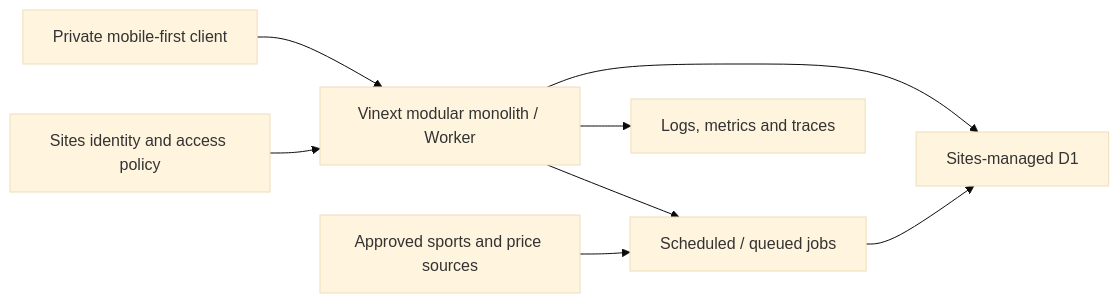
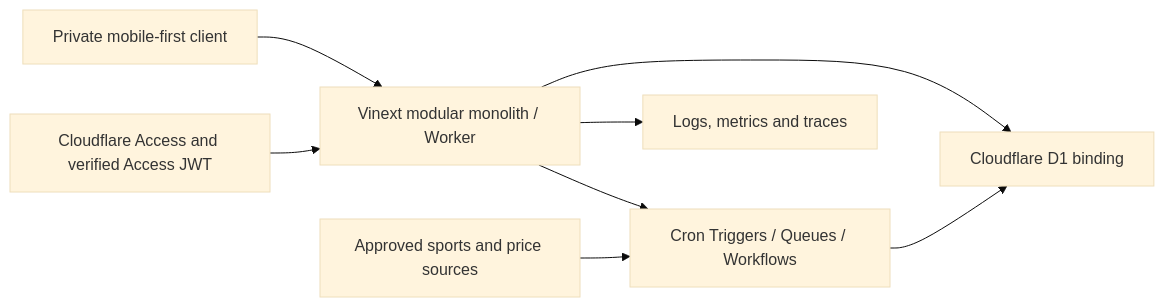
Before and after one commit to OnlyPlantsClub/Matthematical-Kalma: the first of 2 diagrams in docs/ARCHITECTURE.md, drawn with Mermaid (base theme). The commit also changed other lines of this file and 5 other files, not shown here.

Commit message:
Adopt direct Cloudflare deployment architecture

````diff
--- a/docs/ARCHITECTURE.md
+++ b/docs/ARCHITECTURE.md
@@ -11,10 +11,10 @@
 ```mermaid
 flowchart LR
   U["Private mobile-first client"] --> W["Vinext modular monolith / Worker"]
-  I["Sites identity and access policy"] --> W
-  W --> D1["Sites-managed D1"]
-  W --> J["Scheduled / queued jobs"]
+  I["Cloudflare Access and verified Access JWT"] --> W
+  W --> D1["Cloudflare D1 binding"]
+  W --> J["Cron Triggers / Queues / Workflows"]
   P["Approved sports and price sources"] --> J
   J --> D1
   W --> O["Logs, metrics and traces"]
 ```
````
